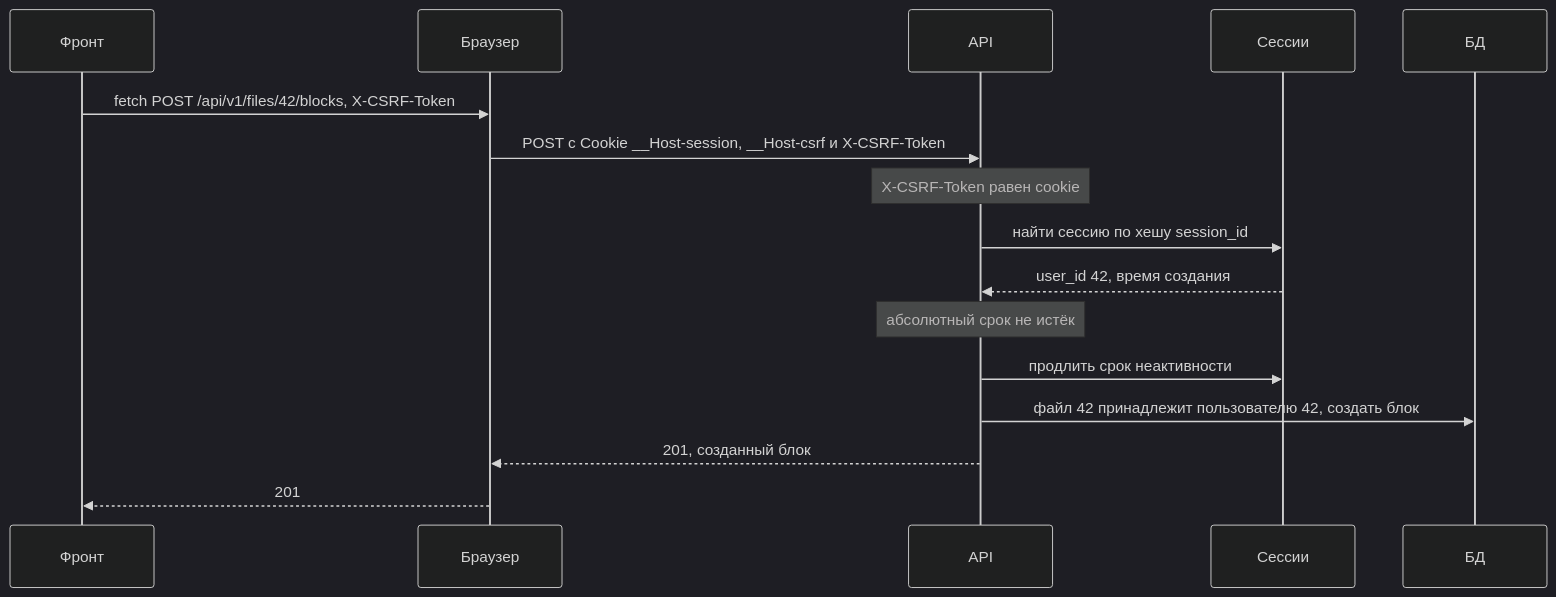
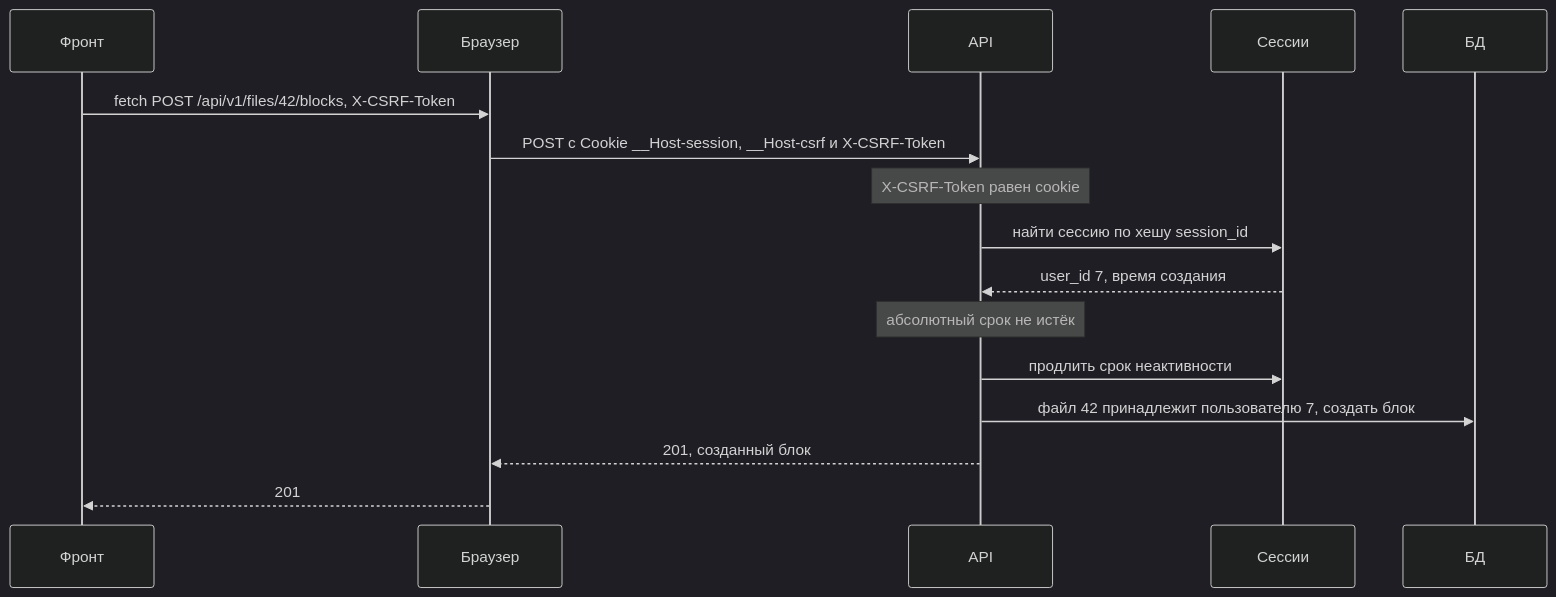
The second of 4 diagrams in rk1/variant-c.md (TP-Prepare/technopark-guidelines), drawn with Mermaid (dark theme) before and after one commit. The commit also changed other lines of this file and 4 other files, not shown here.

````diff
--- a/rk1/variant-c.md
+++ b/rk1/variant-c.md
@@ -153,18 +153,18 @@
 ```mermaid
 sequenceDiagram
     participant F as Фронт
     participant B as Браузер
     participant A as API
     participant S as Сессии
     participant D as БД
     F->>B: fetch POST /api/v1/files/42/blocks, X-CSRF-Token
     B->>A: POST с Cookie __Host-session, __Host-csrf и X-CSRF-Token
     Note over A: X-CSRF-Token равен cookie
     A->>S: найти сессию по хешу session_id
-    S-->>A: user_id 42, время создания
+    S-->>A: user_id 7, время создания
     Note over A: абсолютный срок не истёк
     A->>S: продлить срок неактивности
-    A->>D: файл 42 принадлежит пользователю 42, создать блок
+    A->>D: файл 42 принадлежит пользователю 7, создать блок
     A-->>B: 201, созданный блок
     B-->>F: 201
 ```
````
